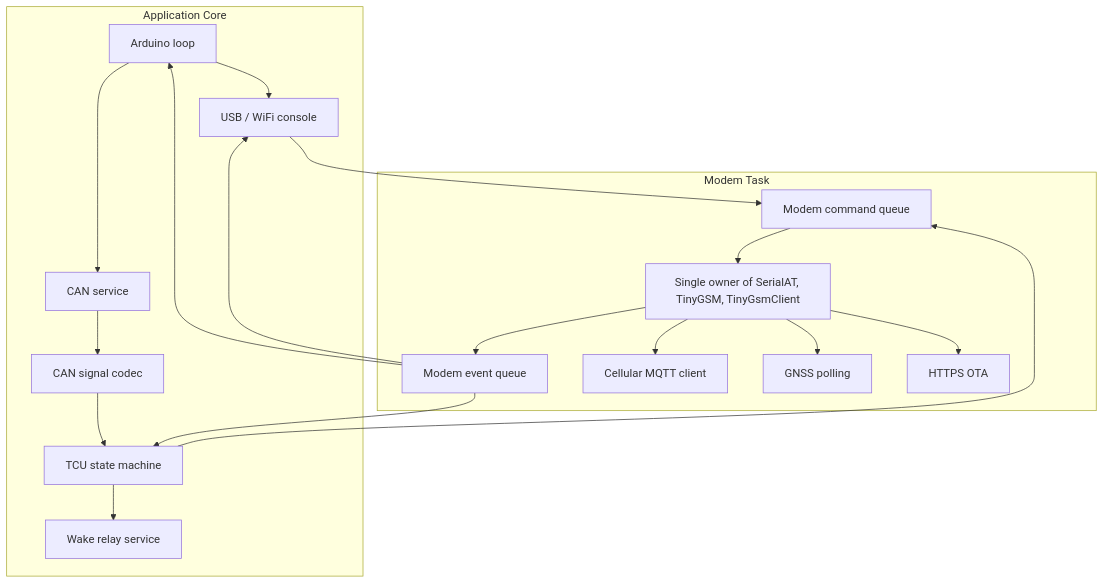
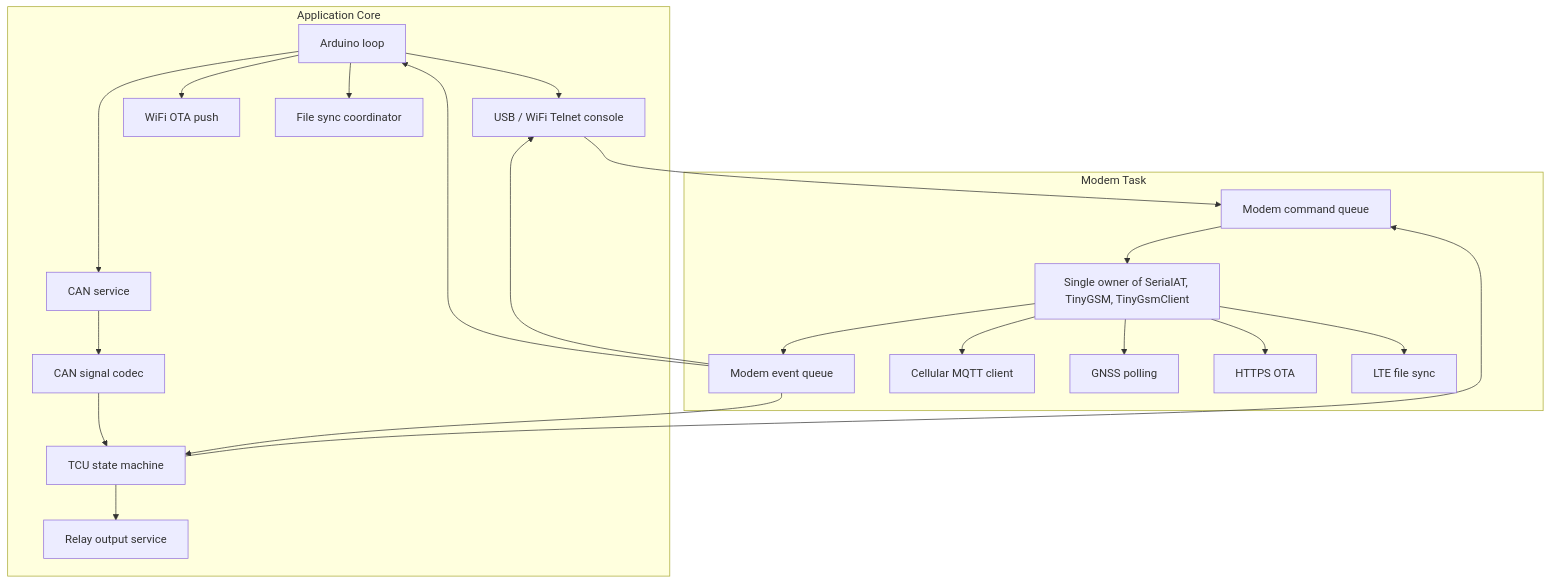
The second of 6 diagrams in README.md (Modellfan/ESP32S3-TCU), drawn with Mermaid before and after one commit. The commit also changed other lines of this file and 9 other files, not shown here.

````diff
--- a/README.md
+++ b/README.md
@@ -147,36 +122,42 @@
 ```mermaid
 graph TB
   subgraph AppCore[Application Core]
     Loop[Arduino loop]
-    ConsoleTask[USB / WiFi console]
+    ConsoleTask[USB / WiFi Telnet console]
+    OtaPush[WiFi OTA push]
+    FileSync[File sync coordinator]
     CanTask[CAN service]
     StateMachine[TCU state machine]
     Codec[CAN signal codec]
-    Relay[Wake relay service]
+    Relays[Relay output service]
   end
 
   subgraph ModemCore[Modem Task]
     CmdQueue[Modem command queue]
     ModemTask[Single owner of SerialAT, TinyGSM, TinyGsmClient]
     EventQueue[Modem event queue]
     Mqtt[Cellular MQTT client]
     Gnss[GNSS polling]
     Ota[HTTPS OTA]
+    LteSync[LTE file sync]
   end
 
   Loop --> ConsoleTask
+  Loop --> OtaPush
+  Loop --> FileSync
   Loop --> CanTask
   CanTask --> Codec
   Codec --> StateMachine
-  StateMachine --> Relay
+  StateMachine --> Relays
   StateMachine --> CmdQueue
   ConsoleTask --> CmdQueue
   CmdQueue --> ModemTask
   ModemTask --> EventQueue
   ModemTask --> Mqtt
   ModemTask --> Gnss
   ModemTask --> Ota
+  ModemTask --> LteSync
   EventQueue --> Loop
   EventQueue --> ConsoleTask
   EventQueue --> StateMachine
 ```
````
